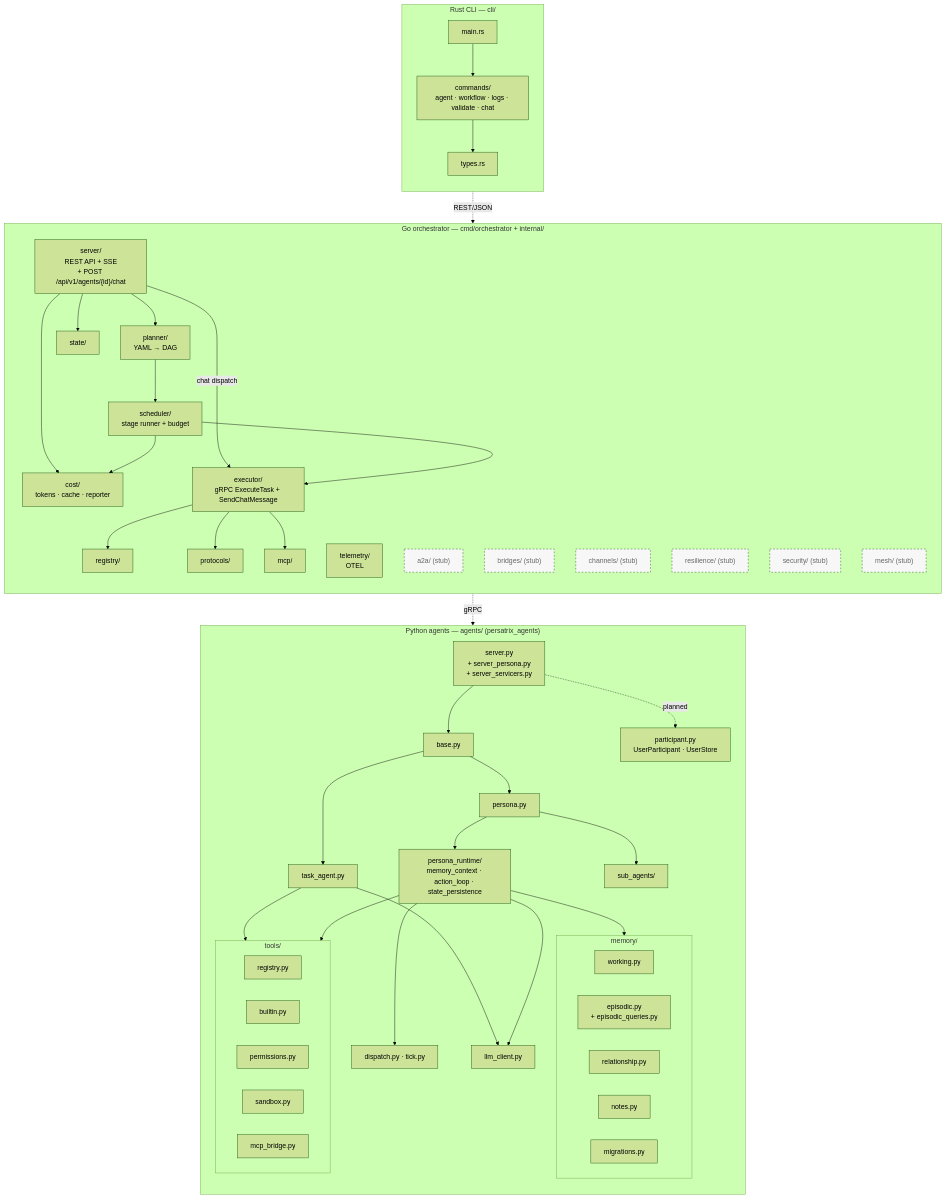
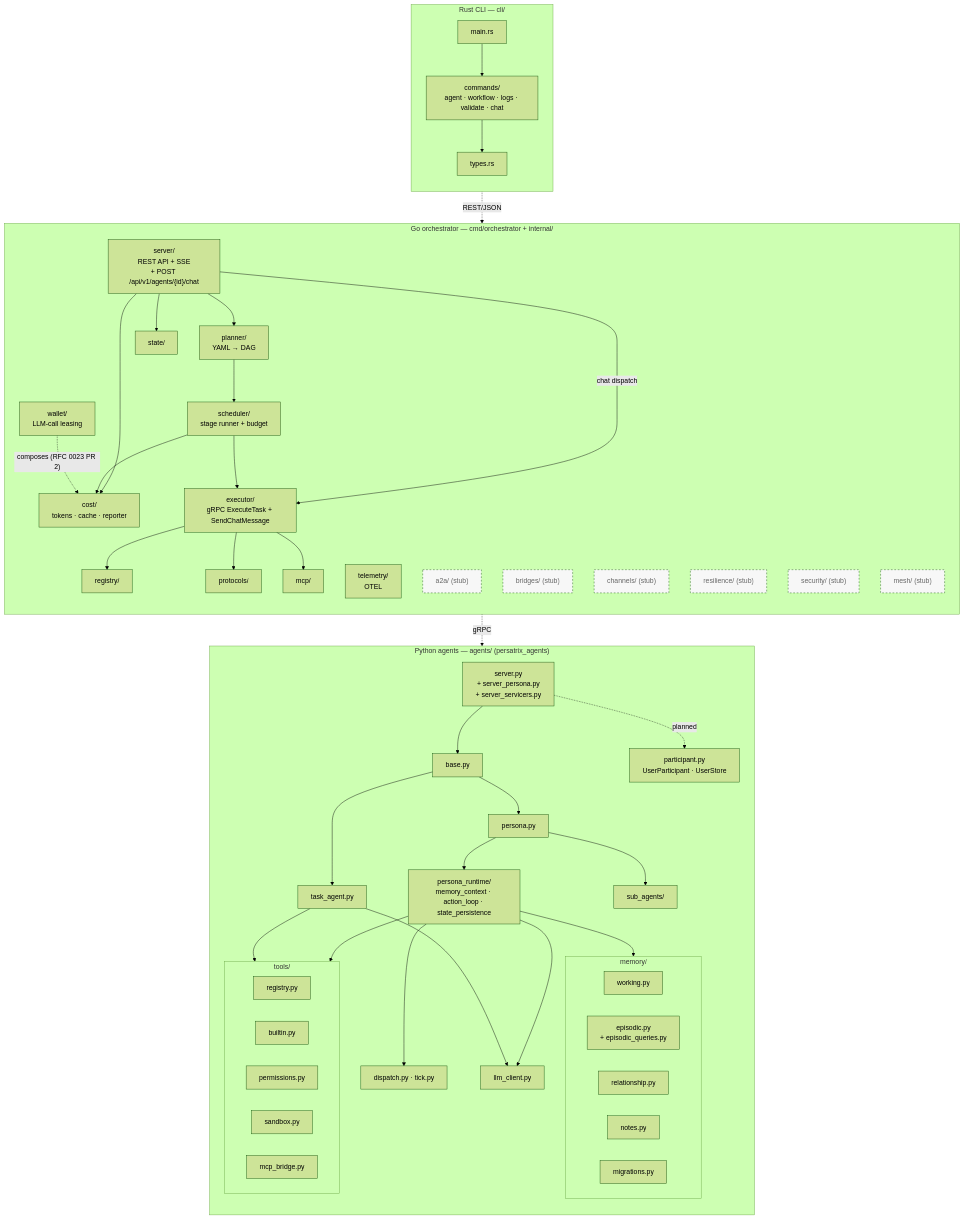
The diagram in docs/diagrams/component-architecture.md (mkhomutov/Persatrix), drawn with Mermaid (forest theme) before and after one commit. The commit also changed other lines of this file and 18 other files, not shown here.

First line of the commit message:
feat(v032): RFC 0023 PR 1 — proto surface + WalletService skeleton (#378)

```diff
--- a/docs/diagrams/component-architecture.md
+++ b/docs/diagrams/component-architecture.md
@@ -24,6 +24,7 @@
         REGISTRY["registry/"]
         STATE["state/"]
         COST["cost/<br/>tokens · cache · reporter"]
+        WALLET["wallet/<br/>LLM-call leasing"]
         TELE["telemetry/<br/>OTEL"]
         MCPG["mcp/"]
         PROTOS["protocols/"]
@@ -42,6 +43,7 @@
         PLANNER --> SCHEDULER
         SCHEDULER --> EXECUTOR
         SCHEDULER --> COST
+        WALLET -. composes (RFC 0023 PR 2) .-> COST
         EXECUTOR --> REGISTRY
         EXECUTOR --> PROTOS
         EXECUTOR --> MCPG
```
